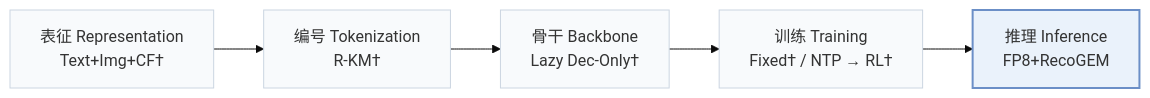
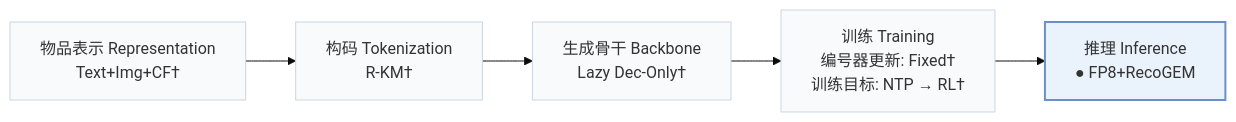
Before and after one commit to Galaxy-ghost/Awesome-SID-Generative-Rec: the first of 2 diagrams in pages/zh/papers/onerec-v2-quantized.md, drawn with Mermaid (base theme). The commit also changed other lines of this file and 558 other files, not shown here.

````diff
--- a/pages/zh/papers/onerec-v2-quantized.md
+++ b/pages/zh/papers/onerec-v2-quantized.md
@@ -15,8 +18,8 @@
 ```mermaid
 flowchart LR
-    R["表征 Representation<br/>Text+Img+CF†"] --> T["编号 Tokenization<br/>R-KM†"] --> B["骨干 Backbone<br/>Lazy Dec-Only†"] --> TR["训练 Training<br/>Fixed† / NTP → RL†"] --> I["推理 Inference<br/>FP8+RecoGEM"]
+    R["物品表示 Representation<br/>Text+Img+CF†"] --> T["构码 Tokenization<br/>R-KM†"] --> B["生成骨干 Backbone<br/>Lazy Dec-Only†"] --> TR["训练 Training<br/>编号器更新: Fixed†<br/>训练目标: NTP → RL†"] --> I["推理 Inference<br/>● FP8+RecoGEM"]
     classDef base fill:#f8fafc,stroke:#cbd5e1
     class R,T,B,TR,I base
     classDef main fill:#eaf2fb,stroke:#6b8fc7,stroke-width:2px
     class I main
 ```
````
